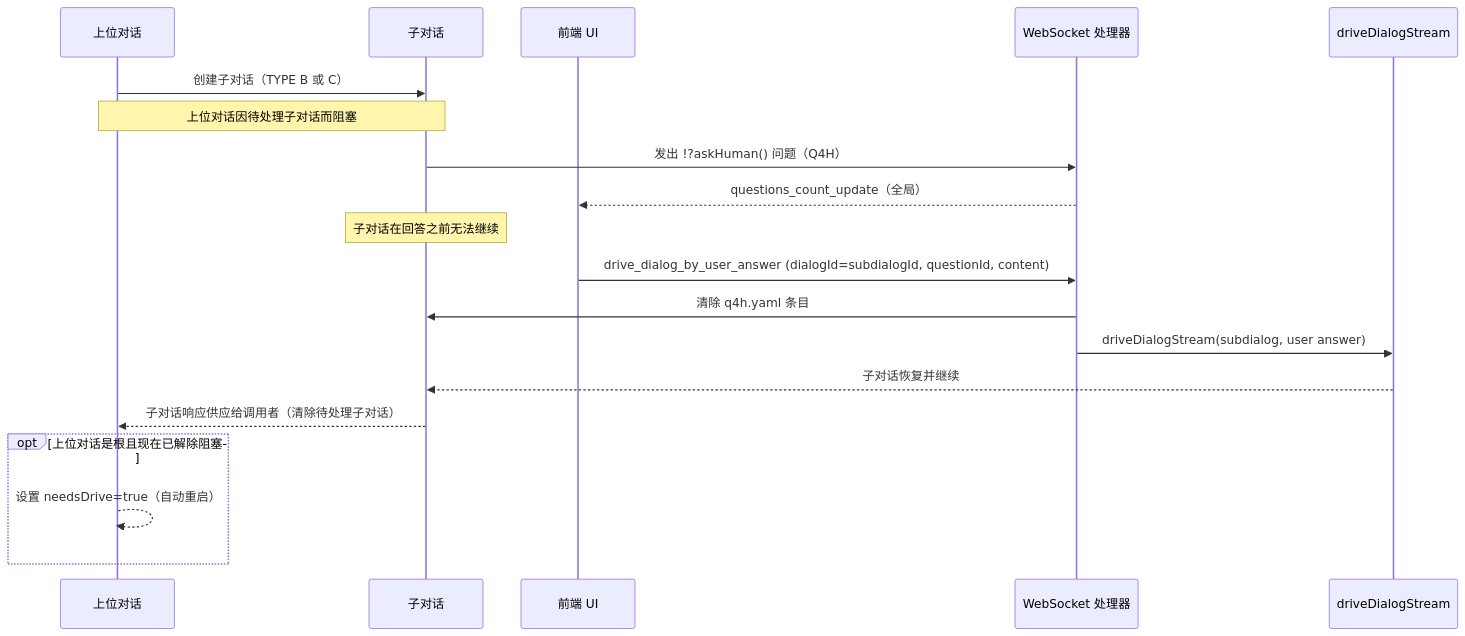
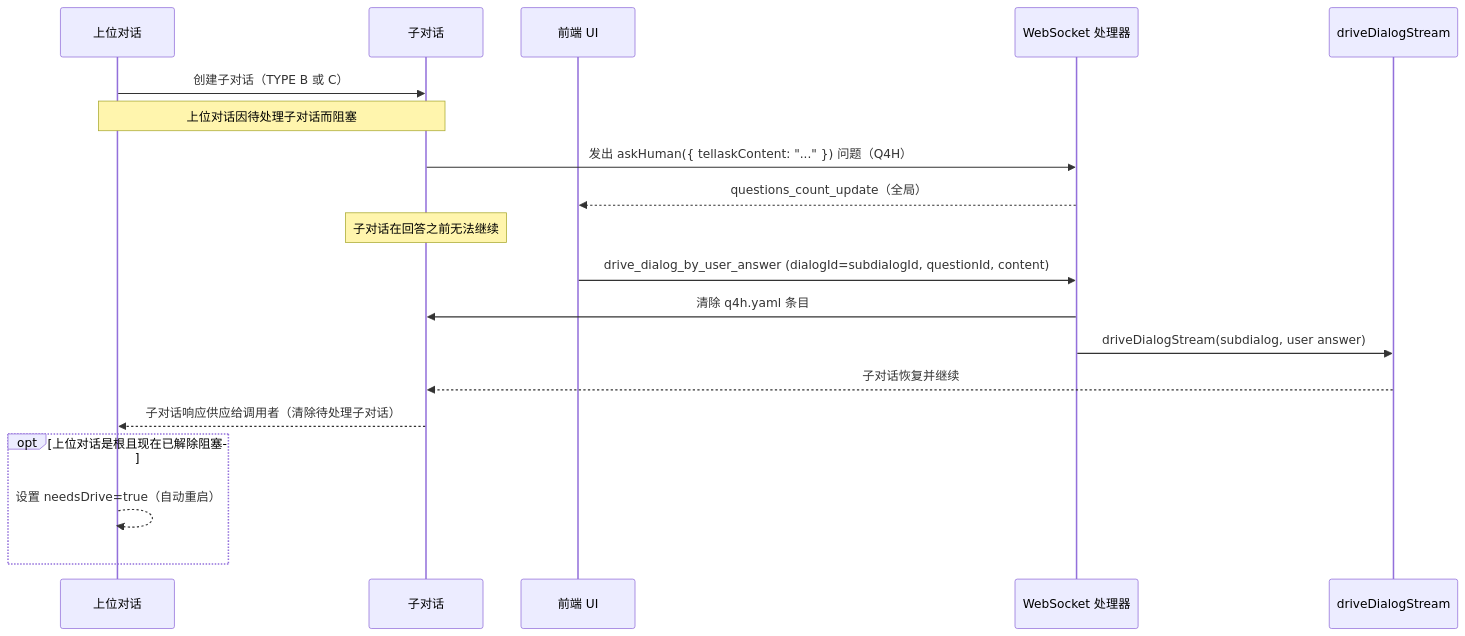
Diagram 14 of 18 in docs/dialog-system.zh.md (longrun-ai/dominds), drawn with Mermaid before and after one commit. The commit also changed other lines of this file and 13 other files, not shown here.

````diff
--- a/docs/dialog-system.zh.md
+++ b/docs/dialog-system.zh.md
@@ -1153,25 +1188,25 @@
 ```mermaid
 sequenceDiagram
   participant Sup as 上位对话
   participant Sub as 子对话
   participant UI as 前端 UI
   participant WS as WebSocket 处理器
   participant Driver as driveDialogStream
 
   Sup->>Sub: 创建子对话（TYPE B 或 C）
   Note over Sup,Sub: 上位对话因待处理子对话而阻塞
-  Sub->>WS: 发出 !?askHuman() 问题（Q4H）
+  Sub->>WS: 发出 askHuman({ tellaskContent: "..." }) 问题（Q4H）
   WS-->>UI: questions_count_update（全局）
 
   Note over Sub: 子对话在回答之前无法继续
 
   UI->>WS: drive_dialog_by_user_answer (dialogId=subdialogId, questionId, content)
   WS->>Sub: 清除 q4h.yaml 条目
   WS->>Driver: driveDialogStream(subdialog, user answer)
   Driver-->>Sub: 子对话恢复并继续
   Sub-->>Sup: 子对话响应供应给调用者（清除待处理子对话）
 
   opt 上位对话是根且现在已解除阻塞
     Sup-->>Sup: 设置 needsDrive=true（自动重启）
   end
 ```
````
